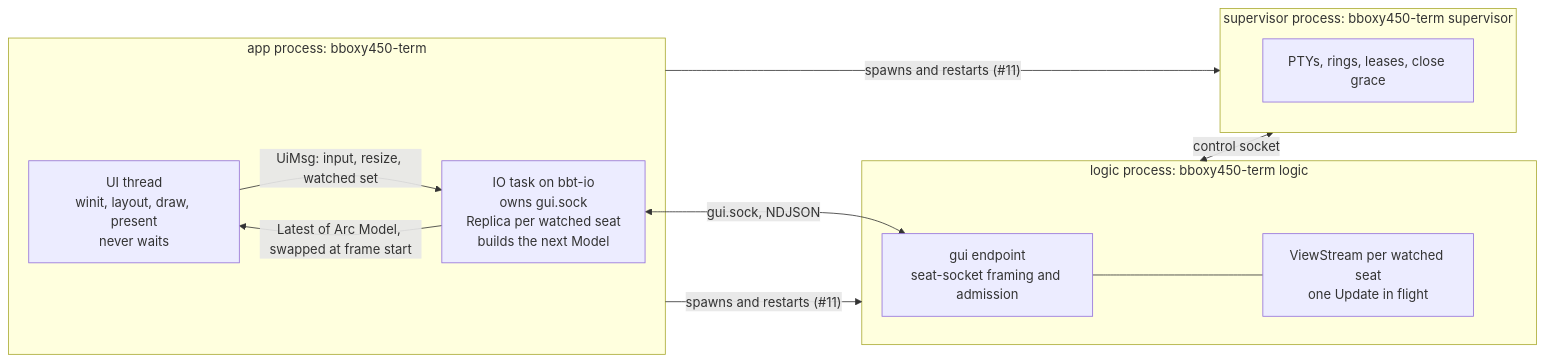
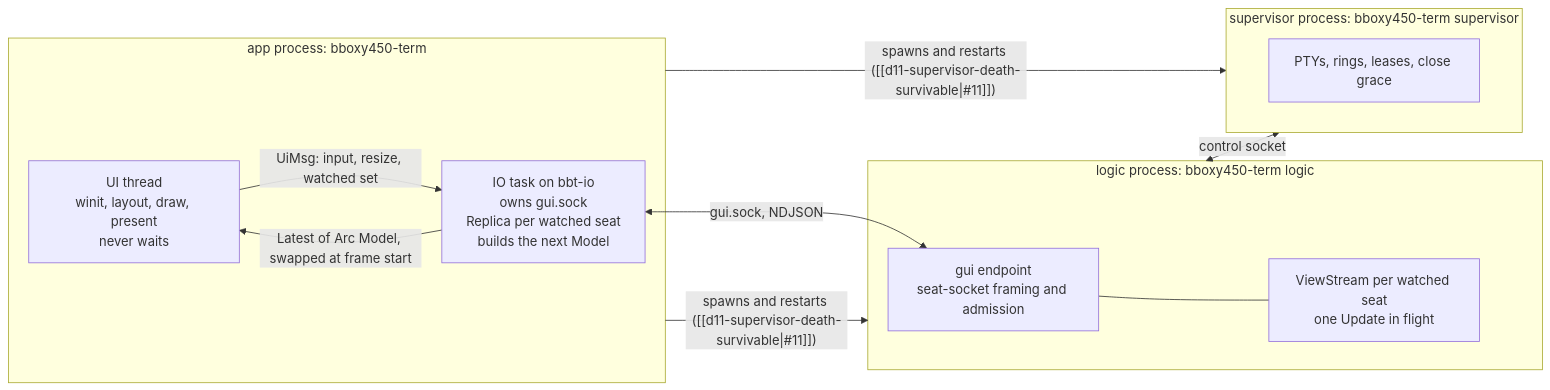
One commit to bboxy450/bboxy450-term changed the first of 3 diagrams in .bboxy/specs/c1-live-seats.md. Above: the diagram before and after it, drawn with Mermaid. The commit also changed other lines of this file and 209 other files, not shown here.

````diff
--- a/.bboxy/specs/c1-live-seats.md
+++ b/.bboxy/specs/c1-live-seats.md
@@ -25,21 +41,21 @@
 ```mermaid
 flowchart LR
   subgraph APP["app process: bboxy450-term"]
     UI["UI thread<br/>winit, layout, draw, present<br/>never waits"]
     IO["IO task on bbt-io<br/>owns gui.sock<br/>Replica per watched seat<br/>builds the next Model"]
     IO -- "Latest of Arc Model, swapped at frame start" --> UI
     UI -- "UiMsg: input, resize, watched set" --> IO
   end
   subgraph LOGIC["logic process: bboxy450-term logic"]
     GUI["gui endpoint<br/>seat-socket framing and admission"]
     VS["ViewStream per watched seat<br/>one Update in flight"]
     GUI --- VS
   end
   subgraph SUP["supervisor process: bboxy450-term supervisor"]
     PTY["PTYs, rings, leases, close grace"]
   end
   IO <-- "gui.sock, NDJSON" --> GUI
   LOGIC <-- "control socket" --> SUP
-  APP -- "spawns and restarts (#11)" --> LOGIC
-  APP -- "spawns and restarts (#11)" --> SUP
+  APP -- "spawns and restarts ([[d11-supervisor-death-survivable|#11]])" --> LOGIC
+  APP -- "spawns and restarts ([[d11-supervisor-death-survivable|#11]])" --> SUP
 ```
````
